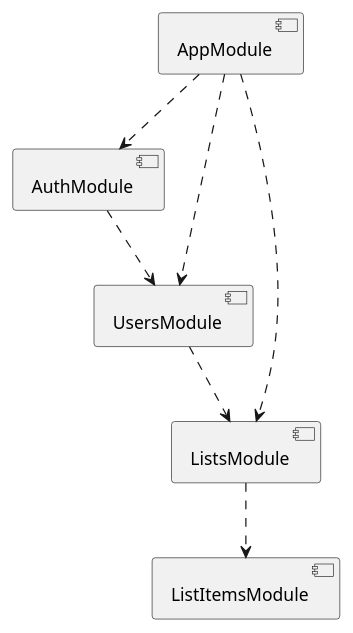
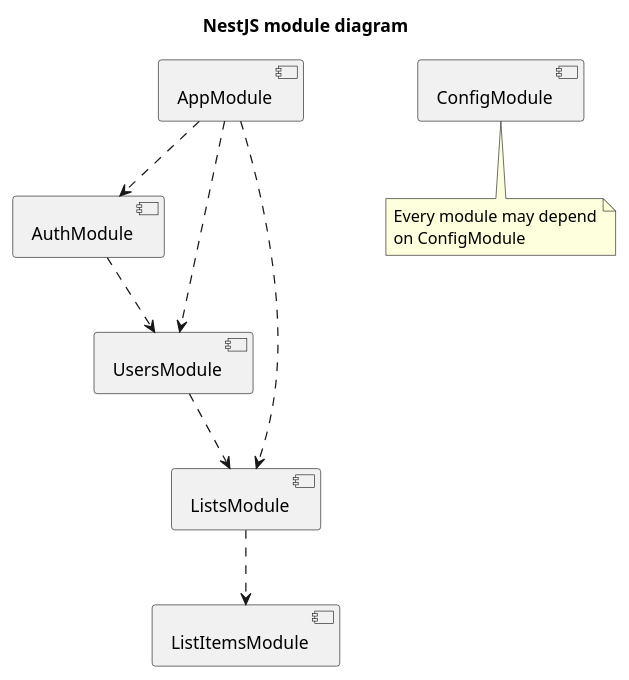
Before and after one commit to angrynerds-pl/kpz-yt-api: the diagram in docs/src/diagrams/src/moduleDiagram.pu, drawn with PlantUML. The commit also changed 9 other files, not shown here.

Commit message:
* Diagrams config * Docs * Swagger init * Handle cors

```diff
--- a/docs/src/diagrams/src/moduleDiagram.pu
+++ b/docs/src/diagrams/src/moduleDiagram.pu
@@ -1,20 +1,26 @@
 @startuml moduleDiagram
-
+title NestJS module diagram
 
 component "AppModule" as app_module
+component "ConfigModule" as config_module
 component "AuthModule" as auth_module
 component "UsersModule" as users_module
 component "ListsModule" as lists_module
 component "ListItemsModule" as list_items_module
 
 app_module .-> auth_module
 app_module .-> users_module
 app_module .-> lists_module
 
 auth_module .-> users_module
 
 users_module .-> lists_module
 
 lists_module .-> list_items_module
 
+note bottom of config_module
+Every module may depend
+on ConfigModule
+end note
+
 @enduml
```
